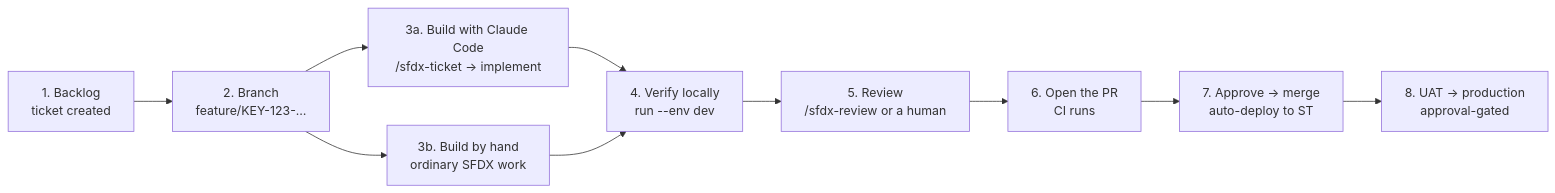
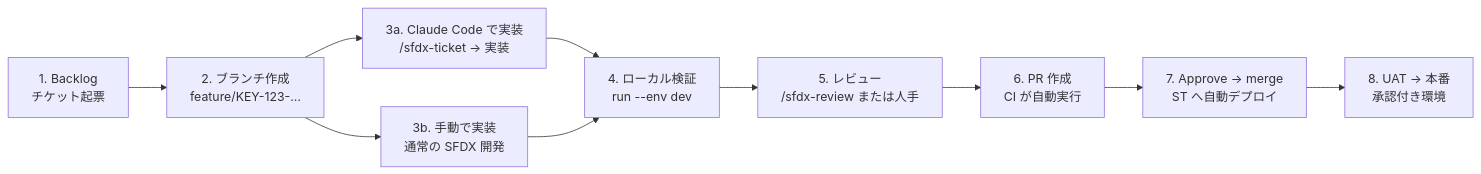
The diagram in README.md (furuCRM-Inc/sfdx-devops-kit), drawn with Mermaid before and after one commit. The commit also changed other lines of this file and 8 other files, not shown here.

````diff
--- a/README.md
+++ b/README.md
@@ -278,12 +213,12 @@
 ```mermaid
 flowchart LR
-    A["1. Backlog<br/>ticket created"] --> B["2. Branch<br/>feature/KEY-123-…"]
-    B --> C1["3a. Build with Claude Code<br/>/sfdx-ticket → implement"]
-    B --> C2["3b. Build by hand<br/>ordinary SFDX work"]
-    C1 --> D["4. Verify locally<br/>run --env dev"]
+    A["1. Backlog<br/>チケット起票"] --> B["2. ブランチ作成<br/>feature/KEY-123-…"]
+    B --> C1["3a. Claude Code で実装<br/>/sfdx-ticket → 実装"]
+    B --> C2["3b. 手動で実装<br/>通常の SFDX 開発"]
+    C1 --> D["4. ローカル検証<br/>run --env dev"]
     C2 --> D
-    D --> E["5. Review<br/>/sfdx-review or a human"]
-    E --> F["6. Open the PR<br/>CI runs"]
-    F --> G["7. Approve → merge<br/>auto-deploy to ST"]
-    G --> H["8. UAT → production<br/>approval-gated"]
+    D --> E["5. レビュー<br/>/sfdx-review または人手"]
+    E --> F["6. PR 作成<br/>CI が自動実行"]
+    F --> G["7. Approve → merge<br/>ST へ自動デプロイ"]
+    G --> H["8. UAT → 本番<br/>承認付き環境"]
 ```
````
